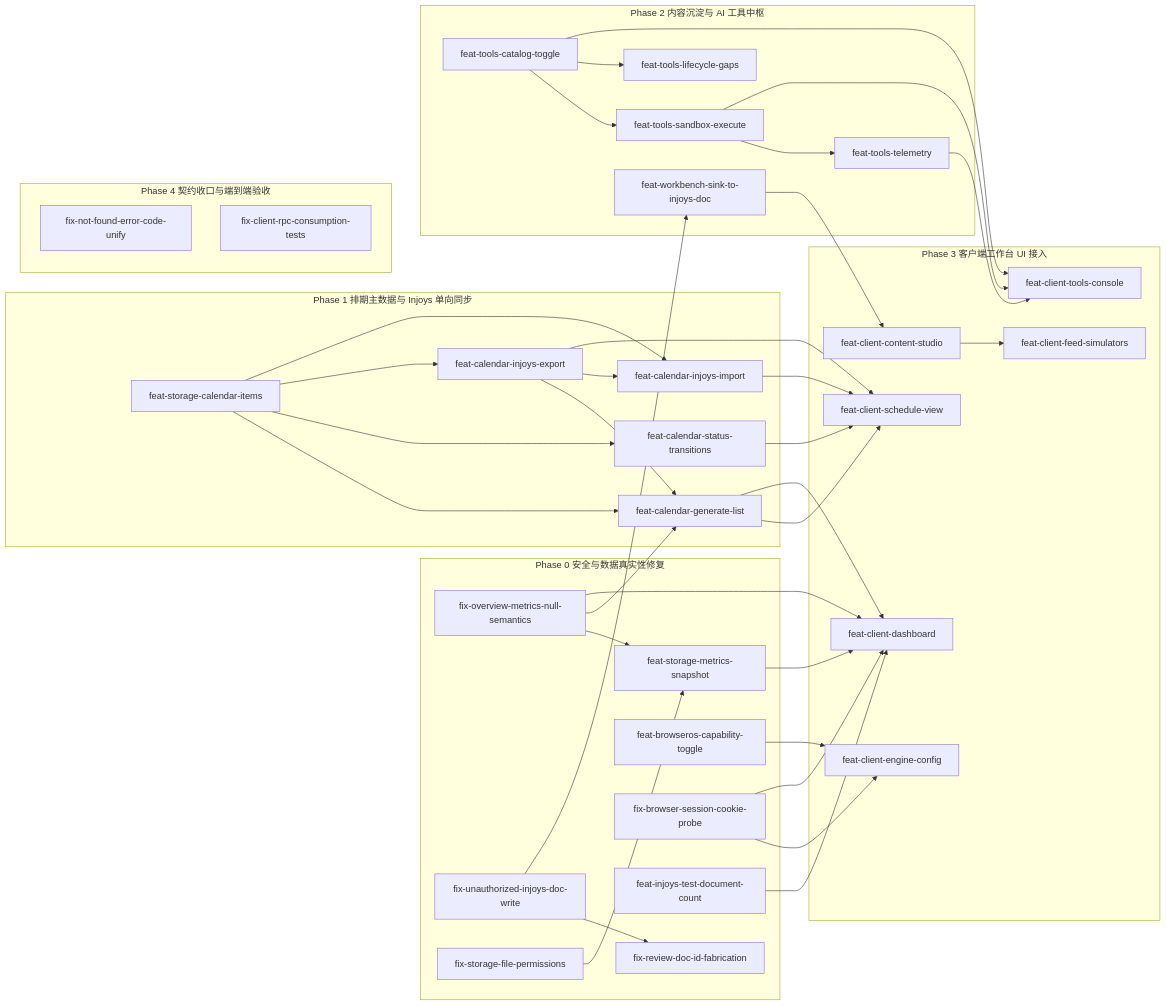
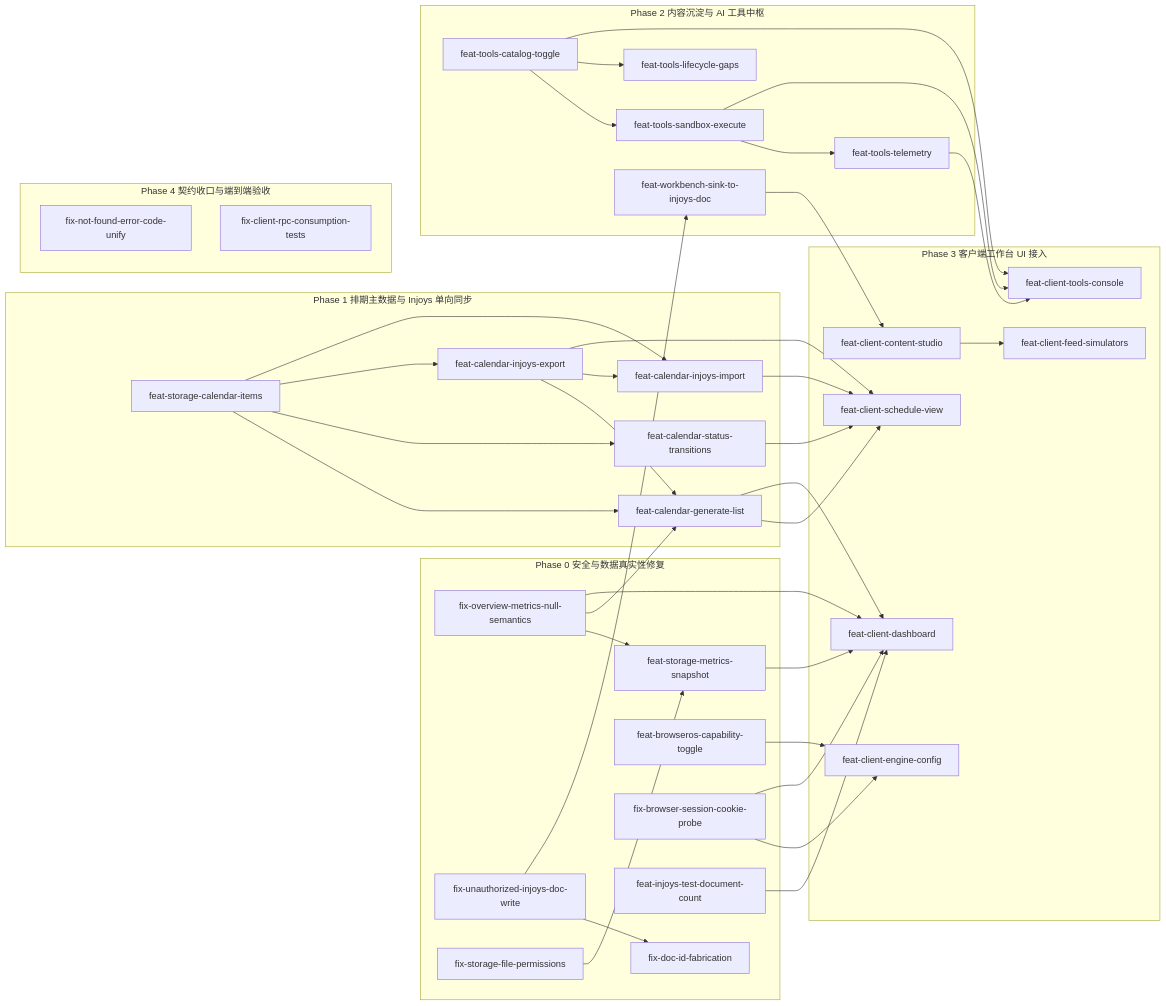
One commit to InJoysAI/dsh-growth-studio changed the diagram in openspec/proposal-roadmap.md. Above: the diagram before and after it, drawn with Mermaid. The commit also changed other lines of this file and 3 other files, not shown here.

Commit message:
update proposal roadmaps and context manifest based on implementation gaps report review

````diff
--- a/openspec/proposal-roadmap.md
+++ b/openspec/proposal-roadmap.md
@@ -56,73 +61,73 @@
 ```mermaid
 graph LR
     subgraph P0["Phase 0 安全与数据真实性修复"]
         A1["fix-overview-metrics-null-semantics"]
         A2["feat-storage-metrics-snapshot"]
         A3["fix-unauthorized-injoys-doc-write"]
-        A4["fix-review-doc-id-fabrication"]
+        A4["fix-doc-id-fabrication"]
         A5["feat-browseros-capability-toggle"]
         A6["fix-browser-session-cookie-probe"]
         A7["fix-storage-file-permissions"]
         A8["feat-injoys-test-document-count"]
     end
     subgraph P1["Phase 1 排期主数据与 Injoys 单向同步"]
         B1["feat-storage-calendar-items"]
         B2["feat-calendar-generate-list"]
         B3["feat-calendar-status-transitions"]
         B4["feat-calendar-injoys-export"]
         B5["feat-calendar-injoys-import"]
     end
     subgraph P2["Phase 2 内容沉淀与 AI 工具中枢"]
         C1["feat-workbench-sink-to-injoys-doc"]
         C2["feat-tools-catalog-toggle"]
         C3["feat-tools-sandbox-execute"]
         C4["feat-tools-telemetry"]
         C5["feat-tools-lifecycle-gaps"]
     end
     subgraph P3["Phase 3 客户端工作台 UI 接入"]
         D1["feat-client-engine-config"]
         D2["feat-client-dashboard"]
         D3["feat-client-content-studio"]
         D4["feat-client-feed-simulators"]
         D5["feat-client-schedule-view"]
         D6["feat-client-tools-console"]
     end
     subgraph P4["Phase 4 契约收口与端到端验收"]
         E1["fix-not-found-error-code-unify"]
         E2["fix-client-rpc-consumption-tests"]
     end
 
     A1 --> A2
     A7 --> A2
     A1 --> B2
     A1 --> D2
     A2 --> D2
     A3 --> A4
     A3 --> C1
     A5 --> D1
     A6 --> D1
     A6 --> D2
     A8 --> D2
 
     B1 --> B2
     B1 --> B3
     B1 --> B4
     B4 --> B2
     B4 --> B5
     B1 --> B5
     B2 --> D5
     B2 --> D2
     B3 --> D5
     B4 --> D5
     B5 --> D5
 
     C1 --> D3
     C2 --> C3
     C2 --> C5
     C2 --> D6
     C3 --> C4
     C3 --> D6
     C4 --> D6
 
     D3 --> D4
 ```
````
